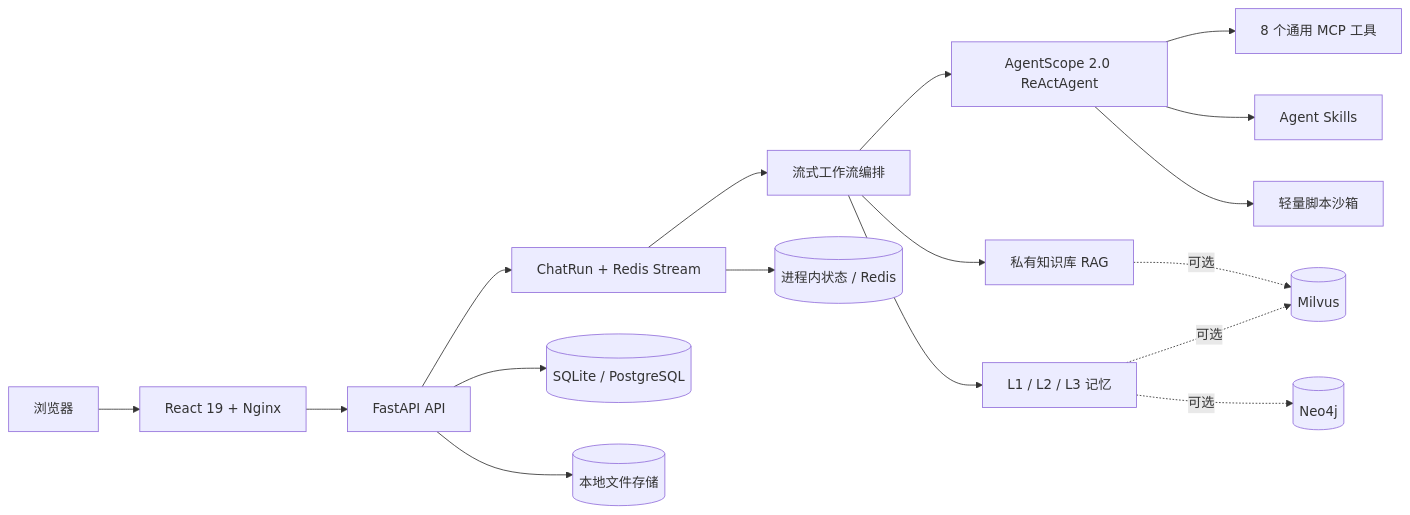
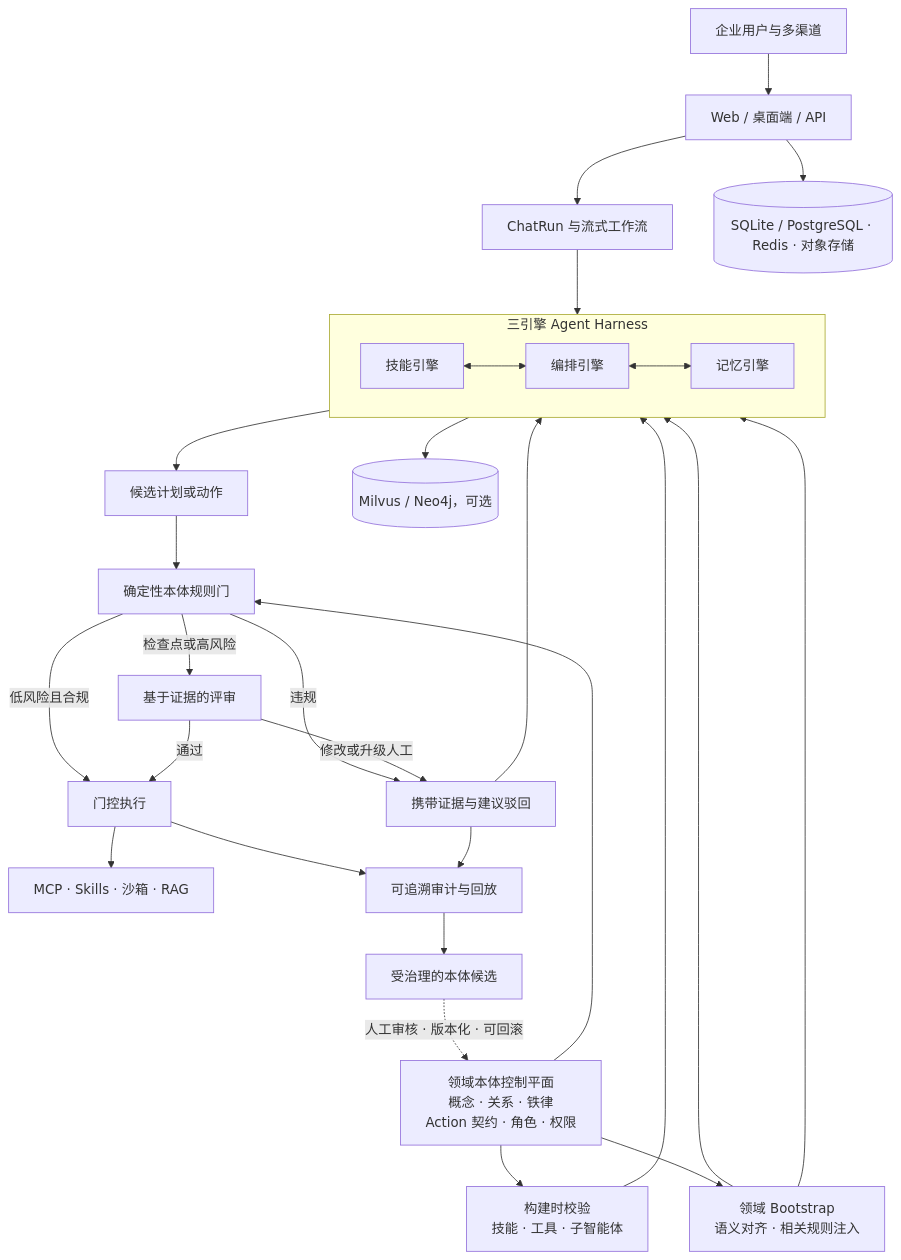
Before and after one commit to JueeeX/Upear-Backend: the diagram in README_CN.md, drawn with Mermaid. The commit also changed other lines of this file and 3 other files, not shown here.

Commit message:
Add ontology-grounded trust architecture

````diff
--- a/README_CN.md
+++ b/README_CN.md
@@ -187,21 +212,39 @@
 ```mermaid
-flowchart LR
-    U[浏览器] --> FE[React 19 + Nginx]
-    FE --> API[FastAPI API]
-    API --> RUN[ChatRun + Redis Stream]
-    RUN --> WF[流式工作流编排]
-    WF --> AGENT[AgentScope 2.0 ReActAgent]
+flowchart TB
+    U[企业用户与多渠道] --> API[Web / 桌面端 / API]
+    API --> RUN[ChatRun 与流式工作流]
 
-    AGENT --> MCP[8 个通用 MCP 工具]
-    AGENT --> SKILL[Agent Skills]
-    AGENT --> BOX[轻量脚本沙箱]
-    WF --> RAG[私有知识库 RAG]
-    WF --> MEM[L1 / L2 / L3 记忆]
+    ONTO[领域本体控制平面<br/>概念 · 关系 · 铁律<br/>Action 契约 · 角色 · 权限]
+    ONTO --> BUILD[构建时校验<br/>技能 · 工具 · 子智能体]
+    ONTO --> BOOT[领域 Bootstrap<br/>语义对齐 · 相关规则注入]
 
-    API --> PG[(SQLite / PostgreSQL)]
-    RUN --> REDIS[(进程内状态 / Redis)]
-    API --> STORE[(本地文件存储)]
-    RAG -. 可选 .-> MILVUS[(Milvus)]
-    MEM -. 可选 .-> MILVUS
-    MEM -. 可选 .-> NEO4J[(Neo4j)]
+    subgraph HARNESS[三引擎 Agent Harness]
+        direction LR
+        SKILL[技能引擎] <--> ORCH[编排引擎]
+        ORCH <--> MEMORY[记忆引擎]
+    end
+
+    RUN --> ORCH
+    BUILD --> SKILL
+    BOOT --> ORCH
+    BOOT --> MEMORY
+    ORCH --> PLAN[候选计划或动作]
+
+    PLAN --> RULE[确定性本体规则门]
+    ONTO --> RULE
+    RULE -->|低风险且合规| EXEC[门控执行]
+    RULE -->|检查点或高风险| REVIEW[基于证据的评审]
+    REVIEW -->|通过| EXEC
+    RULE -->|违规| REVISE[携带证据与建议驳回]
+    REVIEW -->|修改或升级人工| REVISE
+    REVISE --> ORCH
+
+    EXEC --> CAP[MCP · Skills · 沙箱 · RAG]
+    EXEC --> AUDIT[可追溯审计与回放]
+    REVISE --> AUDIT
+    AUDIT --> EVOLVE[受治理的本体候选]
+    EVOLVE -. 人工审核 · 版本化 · 可回滚 .-> ONTO
+
+    API --> DATA[(SQLite / PostgreSQL · Redis · 对象存储)]
+    MEMORY --> VECTOR[(Milvus / Neo4j，可选)]
 ```
````
